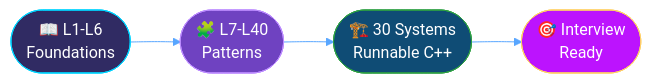
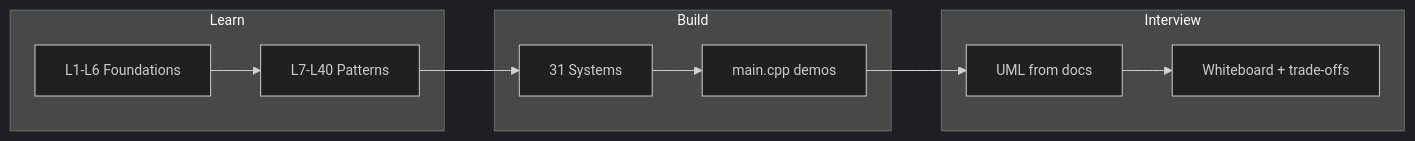
The first of 2 diagrams in README.md (subhm2004/LLD), drawn with Mermaid before and after one commit. The commit also changed other lines of this file and 40 other files, not shown here.

````diff
--- a/README.md
+++ b/README.md
@@ -108,11 +58,17 @@
 ```mermaid
-%%{init: {'theme': 'base', 'themeVariables': { 'primaryColor': '#2F81F7', 'primaryTextColor': '#fff', 'lineColor': '#58a6ff', 'secondaryColor': '#6f42c1', 'tertiaryColor': '#161b22'}}}%%
+%%{init: {'theme': 'dark', 'themeVariables': { 'fontSize': '14px'}}}%%
 flowchart LR
-    A([📖 L1-L6<br/>Foundations]) --> B([🧩 L7-L40<br/>Patterns])
-    B --> C([🏗️ 30 Systems<br/>Runnable C++])
-    C --> D([🎯 Interview<br/>Ready])
-    style A fill:#302b63,stroke:#00d4ff,color:#fff
-    style B fill:#6f42c1,stroke:#bc8cff,color:#fff
-    style C fill:#0f4c75,stroke:#2ea043,color:#fff
-    style D fill:#bc13fe,stroke:#ffd166,color:#fff
+    subgraph learn [Learn]
+        A[L1-L6 Foundations]
+        B[L7-L40 Patterns]
+    end
+    subgraph build [Build]
+        C[31 Systems]
+        D[main.cpp demos]
+    end
+    subgraph ship [Interview]
+        E[UML from docs]
+        F[Whiteboard + trade-offs]
+    end
+    A --> B --> C --> D --> E --> F
 ```
````
